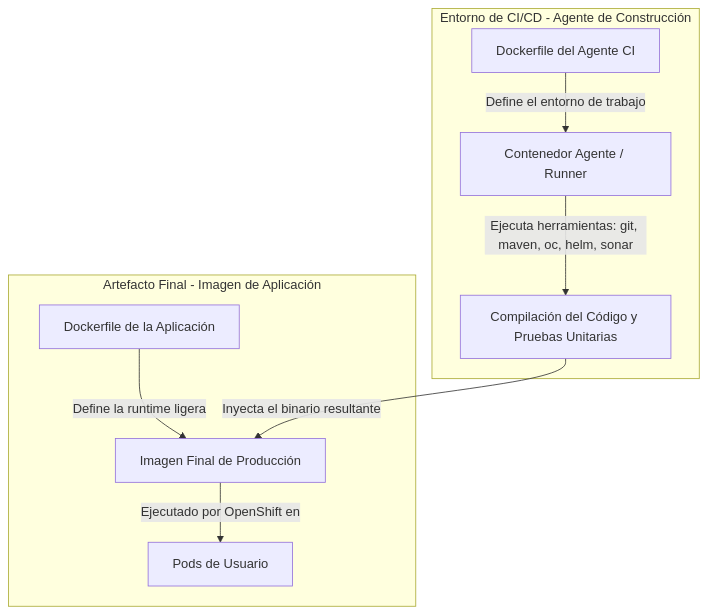
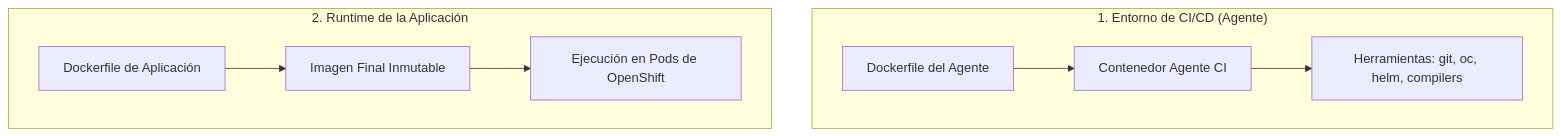
Before and after one commit to ieftraining/curso-openshift: the fifth of 6 diagrams in docs/sesion4/4.5 Construir en la plataforma.md, drawn with Mermaid. The commit also changed other lines of this file, not shown here.

````diff
--- a/docs/sesion4/4.5 Construir en la plataforma.md
+++ b/docs/sesion4/4.5 Construir en la plataforma.md
@@ -156,13 +122,12 @@
 ```mermaid
 flowchart TD
-    subgraph Entorno de CI/CD - Agente de Construcción
-        A1[Dockerfile del Agente CI] -->|Define el entorno de trabajo| A2[Contenedor Agente / Runner]
-        A2 -->|Ejecuta herramientas: git, maven, oc, helm, sonar| A3[Compilación del Código y Pruebas Unitarias]
+    subgraph Agente ["1. Entorno de CI/CD (Agente)"]
+        A1[Dockerfile del Agente] --> A2[Contenedor Agente CI]
+        A2 --> A3[Herramientas: git, oc, helm, compilers]
     end
 
-    subgraph Artefacto Final - Imagen de Aplicación
-        B1[Dockerfile de la Aplicación] -->|Define la runtime ligera| B2[Imagen Final de Producción]
-        A3 -->|Inyecta el binario resultante| B2
-        B2 -->|Ejecutado por OpenShift en| B3[Pods de Usuario]
+    subgraph Runtime ["2. Runtime de la Aplicación"]
+        B1[Dockerfile de Aplicación] --> B2[Imagen Final Inmutable]
+        B2 --> B3[Ejecución en Pods de OpenShift]
     end
 ```
````
